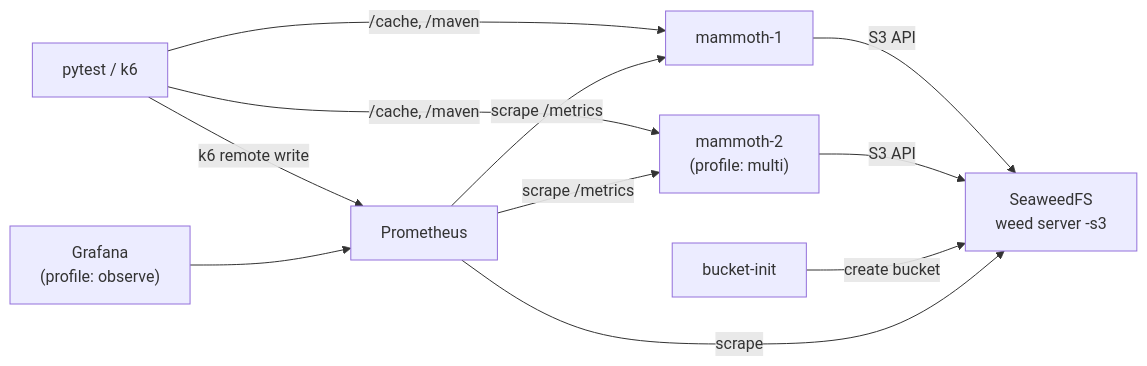
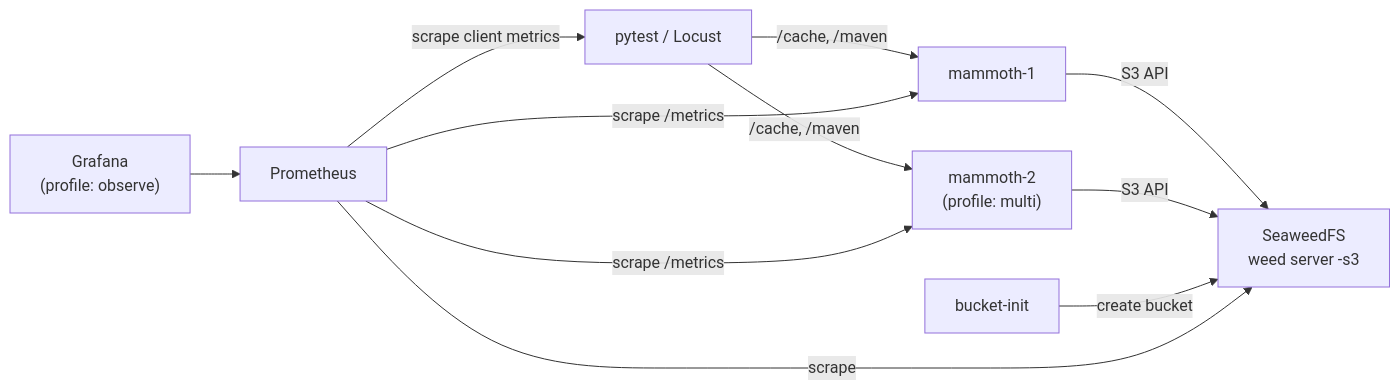
The second of 2 diagrams in docs/design/0011-end-to-end-and-load-testing.md (nevzheng/mammoth-cache), drawn with Mermaid before and after one commit. The commit also changed other lines of this file and 23 other files, not shown here.

````diff
--- a/docs/design/0011-end-to-end-and-load-testing.md
+++ b/docs/design/0011-end-to-end-and-load-testing.md
@@ -107,13 +107,13 @@
 ```mermaid
 flowchart LR
-    T["pytest / k6"] -->|"/cache, /maven"| M1["mammoth-1"]
+    T["pytest / Locust"] -->|"/cache, /maven"| M1["mammoth-1"]
     T -->|"/cache, /maven"| M2["mammoth-2<br/>(profile: multi)"]
     M1 -->|S3 API| S["SeaweedFS<br/>weed server -s3"]
     M2 -->|S3 API| S
     I["bucket-init"] -->|create bucket| S
     P["Prometheus"] -->|scrape /metrics| M1
     P -->|scrape /metrics| M2
     P -->|scrape| S
-    T -->|"k6 remote write"| P
+    P -->|"scrape client metrics"| T
     G["Grafana<br/>(profile: observe)"] --> P
 ```
````
